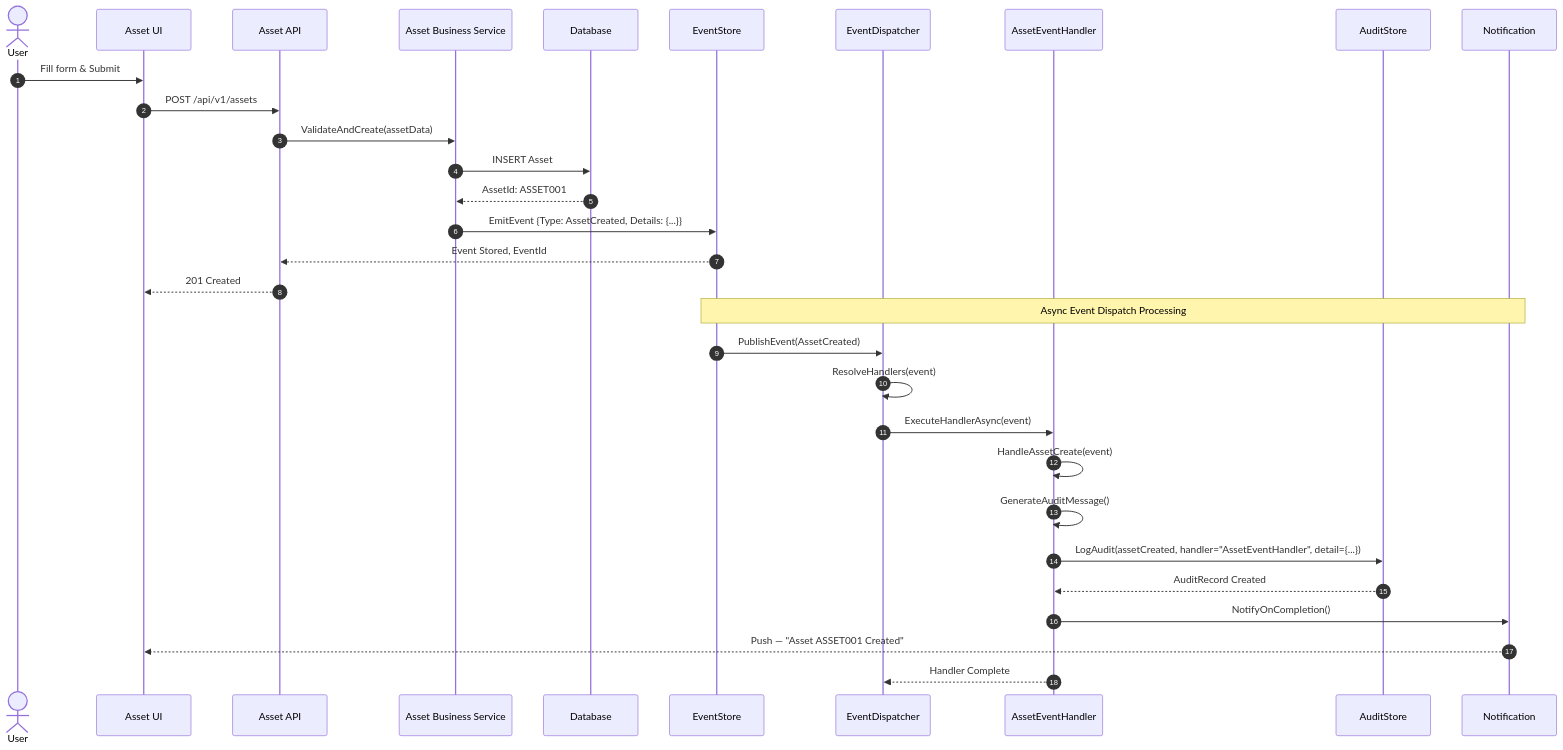
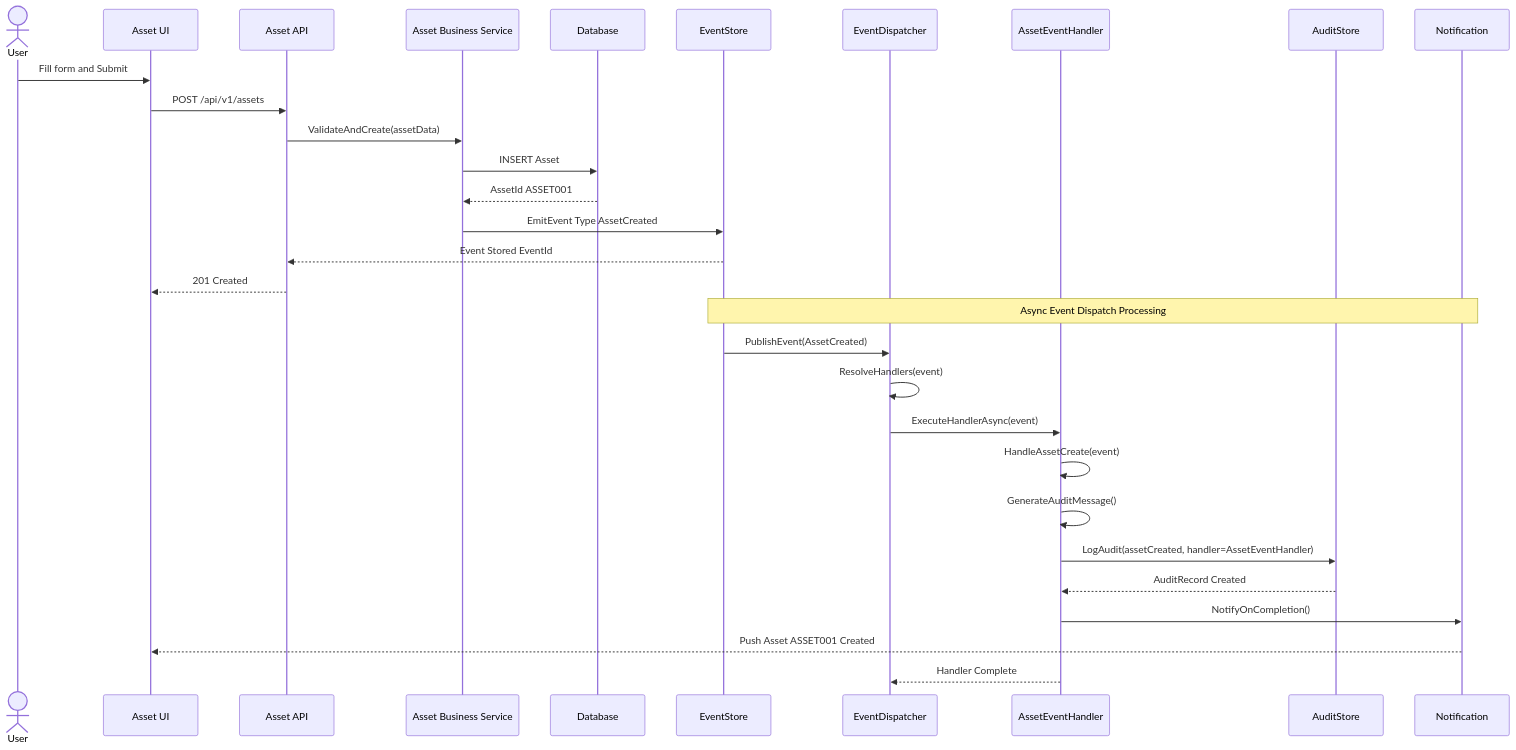
One commit to arup-ghosh-maersk/cia-lld changed the first of 7 diagrams in asset-management/diagrams/02_Sequence_Diagrams.md. Above: the diagram before and after it, drawn with Mermaid. The commit also changed other lines of this file, not shown here.

````diff
--- a/asset-management/diagrams/02_Sequence_Diagrams.md
+++ b/asset-management/diagrams/02_Sequence_Diagrams.md
@@ -9,36 +9,35 @@
 ```mermaid
 sequenceDiagram
-    autonumber
     actor User
     participant UI as Asset UI
     participant API as Asset API
     participant AB as Asset Business Service
     participant DB as Database
     participant ES as EventStore
     participant ED as EventDispatcher
     participant AEH as AssetEventHandler
     participant Audit as AuditStore
     participant Push as Notification
 
-    User->>UI: Fill form & Submit
+    User->>UI: Fill form and Submit
     UI->>API: POST /api/v1/assets
     API->>AB: ValidateAndCreate(assetData)
     AB->>DB: INSERT Asset
-    DB-->>AB: AssetId: ASSET001
+    DB-->>AB: AssetId ASSET001
 
-    AB->>ES: EmitEvent {Type: AssetCreated, Details: {...}}
-    ES-->>API: Event Stored, EventId
+    AB->>ES: EmitEvent Type AssetCreated
+    ES-->>API: Event Stored EventId
     API-->>UI: 201 Created
 
     Note over ES,Push: Async Event Dispatch Processing
     ES->>ED: PublishEvent(AssetCreated)
     ED->>ED: ResolveHandlers(event)
     ED->>AEH: ExecuteHandlerAsync(event)
     AEH->>AEH: HandleAssetCreate(event)
     AEH->>AEH: GenerateAuditMessage()
-    AEH->>Audit: LogAudit(assetCreated, handler="AssetEventHandler", detail={...})
+    AEH->>Audit: LogAudit(assetCreated, handler=AssetEventHandler)
     Audit-->>AEH: AuditRecord Created
     AEH->>Push: NotifyOnCompletion()
-    Push-->>UI: Push — "Asset ASSET001 Created"
+    Push-->>UI: Push Asset ASSET001 Created
     AEH-->>ED: Handler Complete
 ```
````
